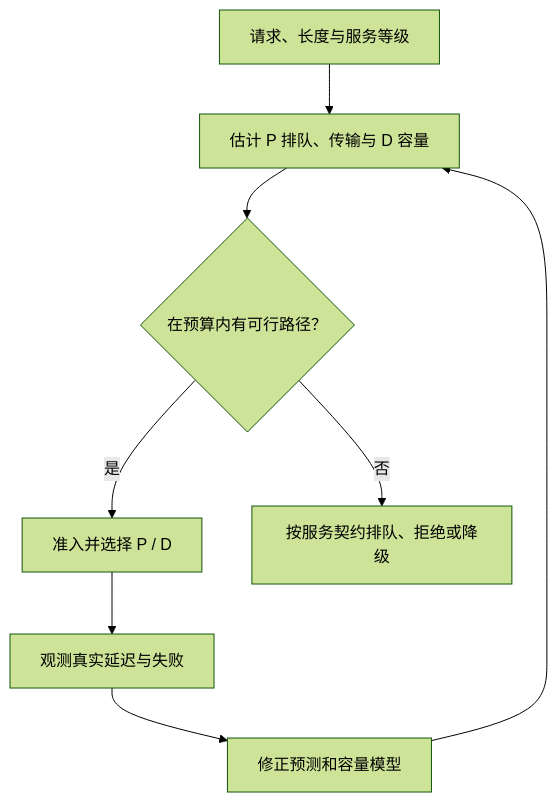
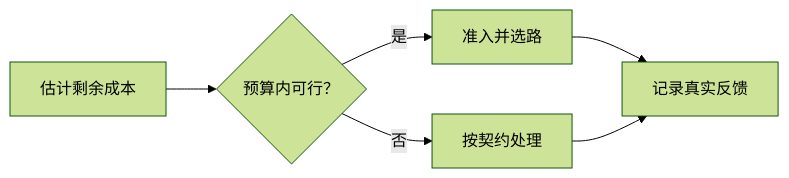
One commit to caomaolufei/AIInfraGuide changed the diagram in docs/guides/模块四-推理优化/第7章-PD解耦架构/7.4-Goodput与SLO感知调度.md. Above: the diagram before and after it, drawn with Mermaid (forest theme). The commit also changed other lines of this file and 12 other files, not shown here.

Commit message:
docs: revise chapter seven state flow, budgets and experiment guidance

````diff
--- a/docs/guides/模块四-推理优化/第7章-PD解耦架构/7.4-Goodput与SLO感知调度.md
+++ b/docs/guides/模块四-推理优化/第7章-PD解耦架构/7.4-Goodput与SLO感知调度.md
@@ -176,10 +186,8 @@
 ```mermaid
-graph TD
-    A["请求、长度与服务等级"] --> B["估计 P 排队、传输与 D 容量"]
-    B --> C{"在预算内有可行路径？"}
-    C -->|"是"| D["准入并选择 P / D"]
-    C -->|"否"| E["按服务契约排队、拒绝或降级"]
-    D --> F["观测真实延迟与失败"]
-    F --> G["修正预测和容量模型"]
-    G --> B
+flowchart LR
+    A["估计剩余成本"] --> B{"预算内可行？"}
+    B -->|"是"| C["准入并选路"]
+    B -->|"否"| D["按契约处理"]
+    C --> E["记录真实反馈"]
+    D --> E
 ```
````
